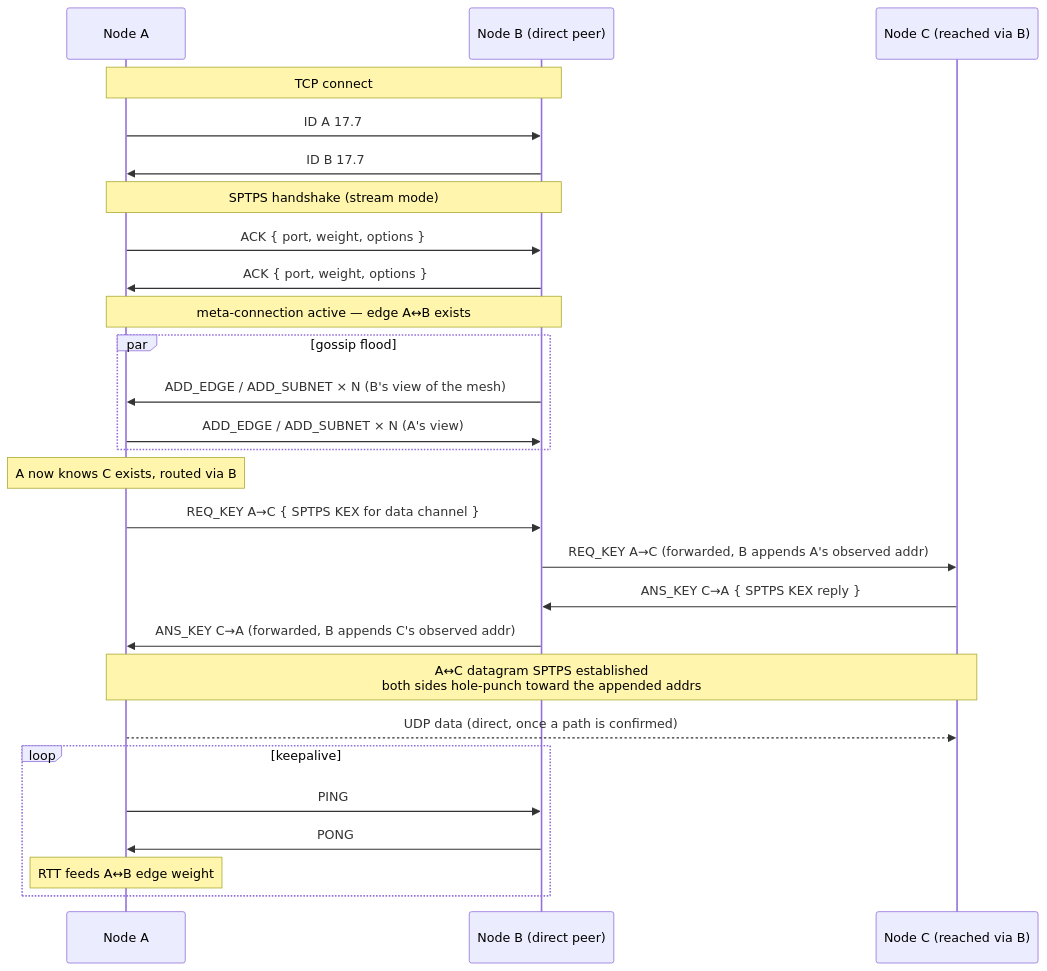
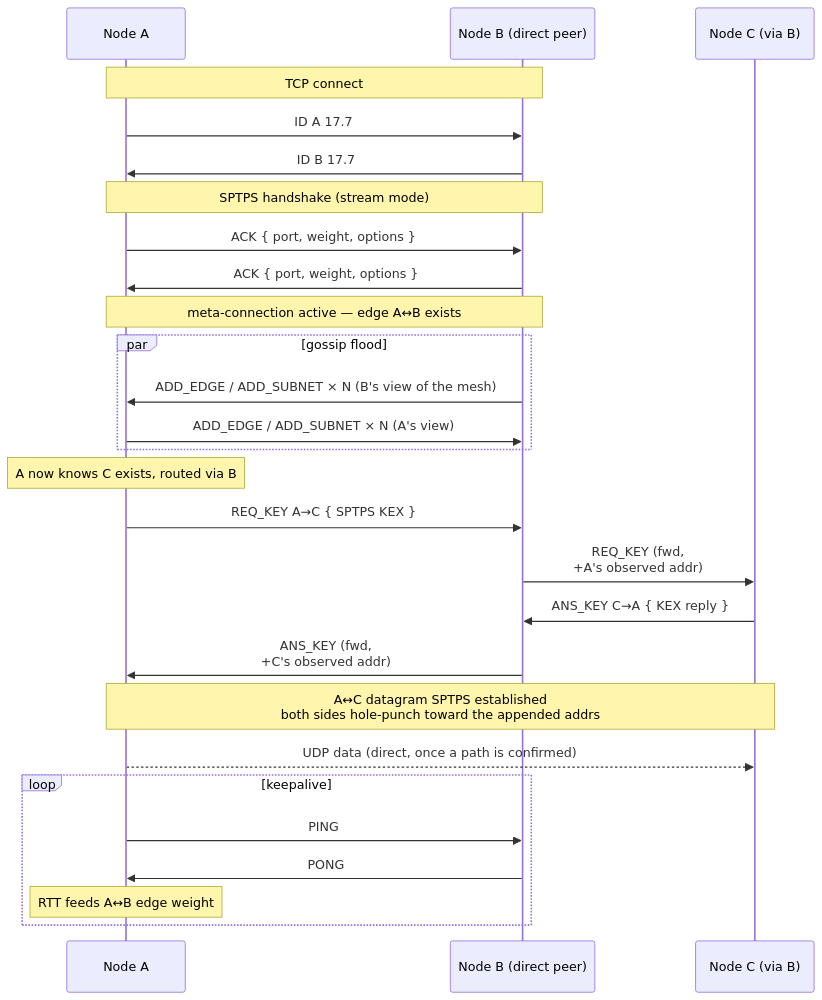
The third of 4 diagrams in docs/PROTOCOL.md (Mic92/tincr), drawn with Mermaid before and after one commit. The commit also changed other lines of this file, not shown here.

First line of the commit message:
docs/PROTOCOL: fix mermaid layout on GitHub

````diff
--- a/docs/PROTOCOL.md
+++ b/docs/PROTOCOL.md
@@ -115,29 +115,29 @@
 ```mermaid
 sequenceDiagram
     participant A as Node A
     participant B as Node B (direct peer)
-    participant C as Node C (reached via B)
+    participant C as Node C (via B)
     Note over A,B: TCP connect
     A->>B: ID A 17.7
     B->>A: ID B 17.7
     Note over A,B: SPTPS handshake (stream mode)
     A->>B: ACK { port, weight, options }
     B->>A: ACK { port, weight, options }
     Note over A,B: meta-connection active — edge A↔B exists
     par gossip flood
         B->>A: ADD_EDGE / ADD_SUBNET × N (B's view of the mesh)
         A->>B: ADD_EDGE / ADD_SUBNET × N (A's view)
     end
     Note over A: A now knows C exists, routed via B
-    A->>B: REQ_KEY A→C { SPTPS KEX for data channel }
-    B->>C: REQ_KEY A→C (forwarded, B appends A's observed addr)
-    C->>B: ANS_KEY C→A { SPTPS KEX reply }
-    B->>A: ANS_KEY C→A (forwarded, B appends C's observed addr)
+    A->>B: REQ_KEY A→C { SPTPS KEX }
+    B->>C: REQ_KEY (fwd,<br/>+A's observed addr)
+    C->>B: ANS_KEY C→A { KEX reply }
+    B->>A: ANS_KEY (fwd,<br/>+C's observed addr)
     Note over A,C: A↔C datagram SPTPS established<br/>both sides hole-punch toward the appended addrs
     A-->>C: UDP data (direct, once a path is confirmed)
     loop keepalive
         A->>B: PING
         B->>A: PONG
         Note over A: RTT feeds A↔B edge weight
     end
 ```
````
